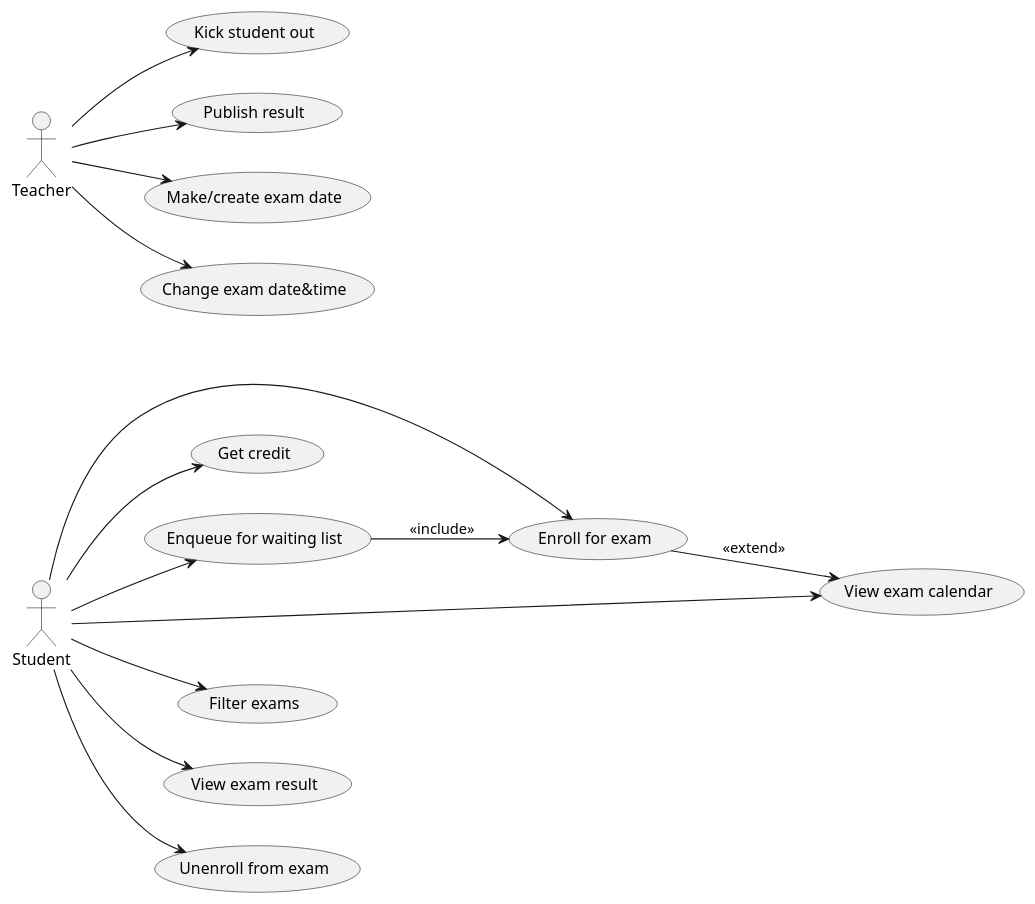
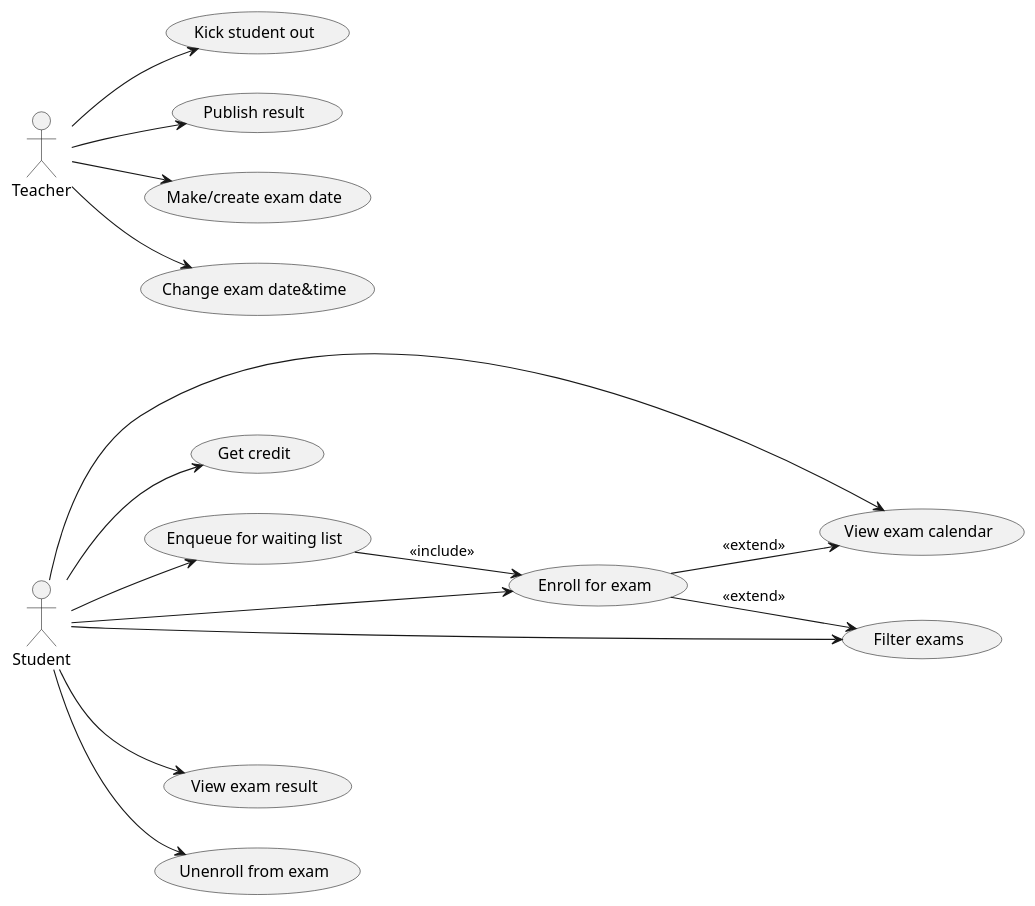
The diagram in uml/use-case-diagram.plantuml (Fundeluk/nswi041-exams), drawn with PlantUML before and after one commit. The commit also changed 3 other files, not shown here.

```diff
--- a/uml/use-case-diagram.plantuml
+++ b/uml/use-case-diagram.plantuml
@@ -1,32 +1,33 @@
 @startuml UseCases
 left to right direction
 actor Student as s
 actor Teacher as t
 usecase "Enroll for exam" as SI
 usecase "Get credit" as GC1
 usecase "Enqueue for waiting list" as QWL1
 usecase "View exam calendar" as VEC1
 usecase "Filter exams" as FE1
 usecase "View exam result" as VER1
 usecase "Unenroll from exam" as SO1
 usecase "Kick student out" as KSO1
 usecase "Publish result" as PR
 usecase "Make/create exam date" as MED
 usecase "Change exam date&time" as CED
  
 s --> GC1
 s --> QWL1
 s --> VEC1
 s --> FE1
 s --> VER1
 s --> SO1
 s --> SI
 
 QWL1 --> SI : <<include>>
 SI --> VEC1 : <<extend>>
+SI --> FE1 : <<extend>>
 
 t --> KSO1
 t --> PR
 t --> MED
 t --> CED
 @enduml
```
